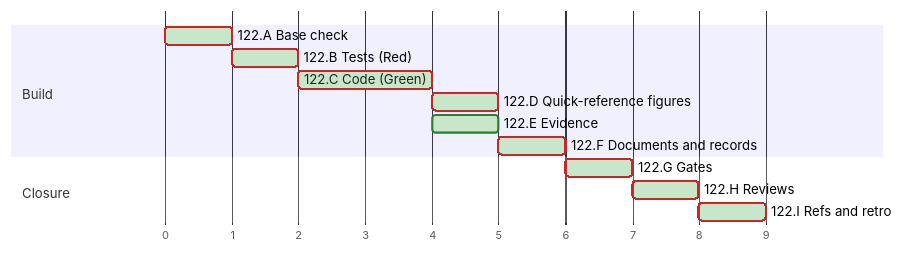
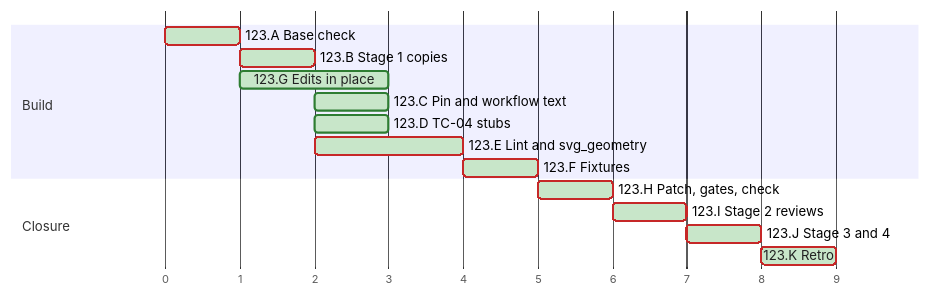
Before and after one commit to MatrixFounder/Agentic-development: the diagram in docs/PLAN.md, drawn with Mermaid. The commit also changed other lines of this file and 33 other files, not shown here.

````diff
--- a/docs/PLAN.md
+++ b/docs/PLAN.md
@@ -264,21 +394,23 @@
 ```mermaid
-%%{init: {"look": "classic", "themeVariables": {"doneTaskBkgColor": "#C8E6C9", "doneTaskBorderColor": "#2E7D32", "activeTaskBkgColor": "#FFF3C4", "activeTaskBorderColor": "#F9A825", "taskBkgColor": "#FFFFFF", "taskBorderColor": "#9E9E9E", "critBkgColor": "#FFFFFF", "critBorderColor": "#C62828", "taskTextColor": "#212121", "taskTextDarkColor": "#212121"}, "gantt": {"barHeight": 16, "barGap": 4, "topPadding": 50, "fontSize": 12, "sectionFontSize": 12, "numberSectionStyles": 2, "useWidth": 900, "leftPadding": 140, "rightPadding": 214}, "themeCSS": ".grid .tick line { stroke-opacity: 0.25; } .activeText0.taskTextOutsideRight, .activeText1.taskTextOutsideRight, .activeText2.taskTextOutsideRight, .activeText3.taskTextOutsideRight, .activeCritText0.taskTextOutsideRight, .activeCritText1.taskTextOutsideRight, .activeCritText2.taskTextOutsideRight, .activeCritText3.taskTextOutsideRight, .doneText0.taskTextOutsideRight, .doneText1.taskTextOutsideRight, .doneText2.taskTextOutsideRight, .doneText3.taskTextOutsideRight, .doneCritText0.taskTextOutsideRight, .doneCritText1.taskTextOutsideRight, .doneCritText2.taskTextOutsideRight, .doneCritText3.taskTextOutsideRight, .activeText0.taskTextOutsideLeft, .activeText1.taskTextOutsideLeft, .activeText2.taskTextOutsideLeft, .activeText3.taskTextOutsideLeft, .activeCritText0.taskTextOutsideLeft, .activeCritText1.taskTextOutsideLeft, .activeCritText2.taskTextOutsideLeft, .activeCritText3.taskTextOutsideLeft, .doneText0.taskTextOutsideLeft, .doneText1.taskTextOutsideLeft, .doneText2.taskTextOutsideLeft, .doneText3.taskTextOutsideLeft, .doneCritText0.taskTextOutsideLeft, .doneCritText1.taskTextOutsideLeft, .doneCritText2.taskTextOutsideLeft, .doneCritText3.taskTextOutsideLeft { fill: #ffffff !important; mix-blend-mode: difference; }"}}%%
+%%{init: {"look": "classic", "themeVariables": {"doneTaskBkgColor": "#C8E6C9", "doneTaskBorderColor": "#2E7D32", "activeTaskBkgColor": "#FFF3C4", "activeTaskBorderColor": "#F9A825", "taskBkgColor": "#FFFFFF", "taskBorderColor": "#9E9E9E", "critBkgColor": "#FFFFFF", "critBorderColor": "#C62828", "taskTextColor": "#212121", "taskTextDarkColor": "#212121"}, "gantt": {"barHeight": 16, "barGap": 4, "topPadding": 50, "fontSize": 12, "sectionFontSize": 12, "numberSectionStyles": 2, "useWidth": 900, "leftPadding": 140, "rightPadding": 150}, "themeCSS": ".grid .tick line { stroke-opacity: 0.25; } .activeText0.taskTextOutsideRight, .activeText1.taskTextOutsideRight, .activeText2.taskTextOutsideRight, .activeText3.taskTextOutsideRight, .activeCritText0.taskTextOutsideRight, .activeCritText1.taskTextOutsideRight, .activeCritText2.taskTextOutsideRight, .activeCritText3.taskTextOutsideRight, .doneText0.taskTextOutsideRight, .doneText1.taskTextOutsideRight, .doneText2.taskTextOutsideRight, .doneText3.taskTextOutsideRight, .doneCritText0.taskTextOutsideRight, .doneCritText1.taskTextOutsideRight, .doneCritText2.taskTextOutsideRight, .doneCritText3.taskTextOutsideRight, .activeText0.taskTextOutsideLeft, .activeText1.taskTextOutsideLeft, .activeText2.taskTextOutsideLeft, .activeText3.taskTextOutsideLeft, .activeCritText0.taskTextOutsideLeft, .activeCritText1.taskTextOutsideLeft, .activeCritText2.taskTextOutsideLeft, .activeCritText3.taskTextOutsideLeft, .doneText0.taskTextOutsideLeft, .doneText1.taskTextOutsideLeft, .doneText2.taskTextOutsideLeft, .doneText3.taskTextOutsideLeft, .doneCritText0.taskTextOutsideLeft, .doneCritText1.taskTextOutsideLeft, .doneCritText2.taskTextOutsideLeft, .doneCritText3.taskTextOutsideLeft { fill: #ffffff !important; mix-blend-mode: difference; }"}}%%
 gantt
   accTitle: Plan chart
   accDescr: Each bar starts when its last dependency ends and lasts its estimate, the axis counts estimate hours from the start, not dates.
   dateFormat x
   axisFormat %Q
   tickInterval 1millisecond
   todayMarker off
   section Build
-    122.A Base check:done, crit, t122xA, 0, 1ms
-    122.B Tests (Red):done, crit, t122xB, 1, 1ms
-    122.C Code (Green):done, crit, t122xC, 2, 2ms
-    122.D Quick-reference figures:done, crit, t122xD, 4, 1ms
-    122.E Evidence:done, t122xE, 4, 1ms
-    122.F Documents and records:done, crit, t122xF, 5, 1ms
+    123.A Base check:done, crit, t123xA, 0, 1ms
+    123.B Stage 1 copies:done, crit, t123xB, 1, 1ms
+    123.G Edits in place:done, t123xG, 1, 2ms
+    123.C Pin and workflow text:done, t123xC, 2, 1ms
+    123.D TC-04 stubs:done, t123xD, 2, 1ms
+    123.E Lint and svg_geometry:done, crit, t123xE, 2, 2ms
+    123.F Fixtures:done, crit, t123xF, 4, 1ms
   section Closure
-    122.G Gates:done, crit, t122xG, 6, 1ms
-    122.H Reviews:done, crit, t122xH, 7, 1ms
-    122.I Refs and retro:done, crit, t122xI, 8, 1ms
+    123.H Patch, gates, check:done, crit, t123xH, 5, 1ms
+    123.I Stage 2 reviews:done, crit, t123xI, 6, 1ms
+    123.J Stage 3 and 4:done, crit, t123xJ, 7, 1ms
+    123.K Retro:done, crit, t123xK, 8, 1ms
 ```
````
